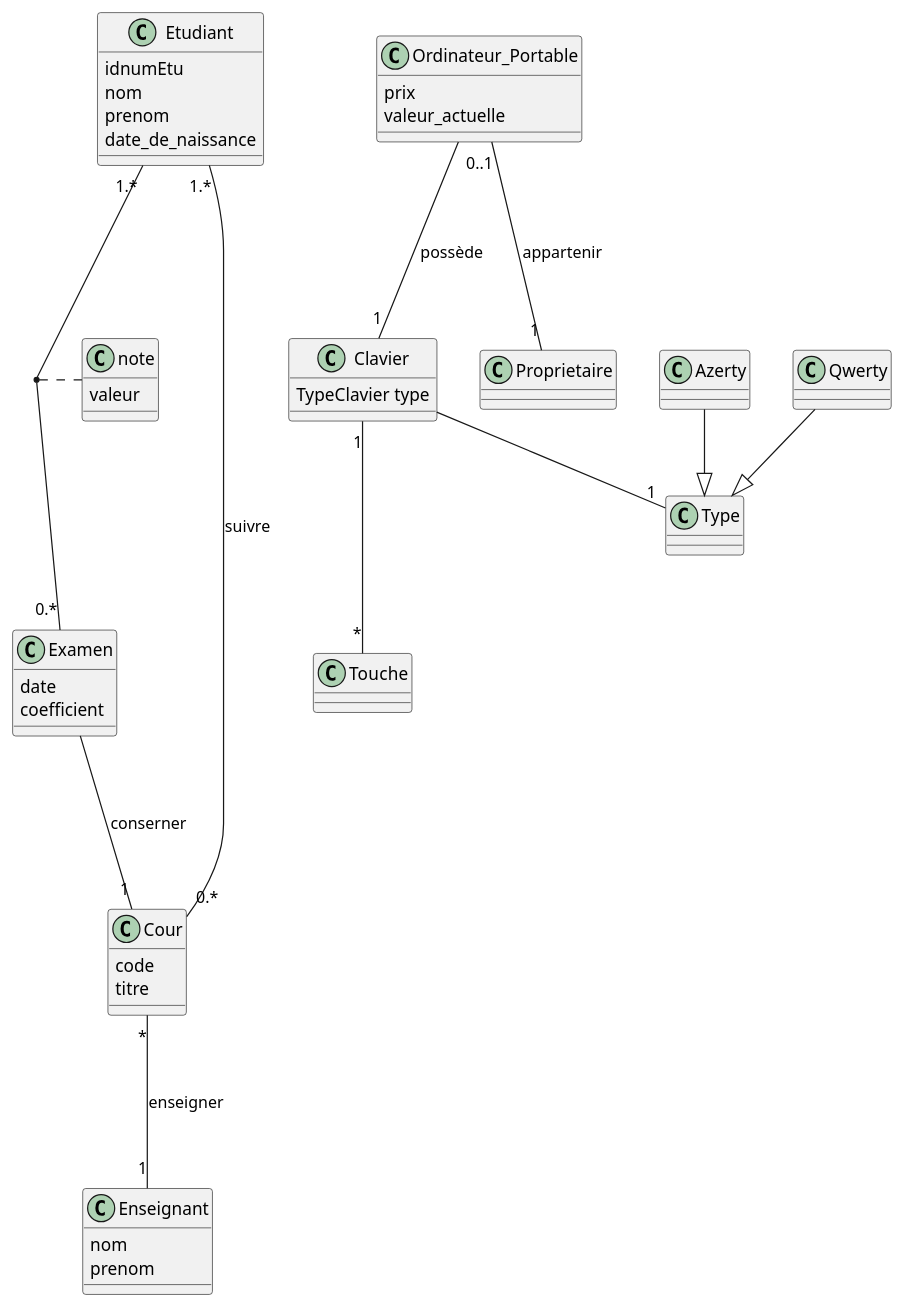
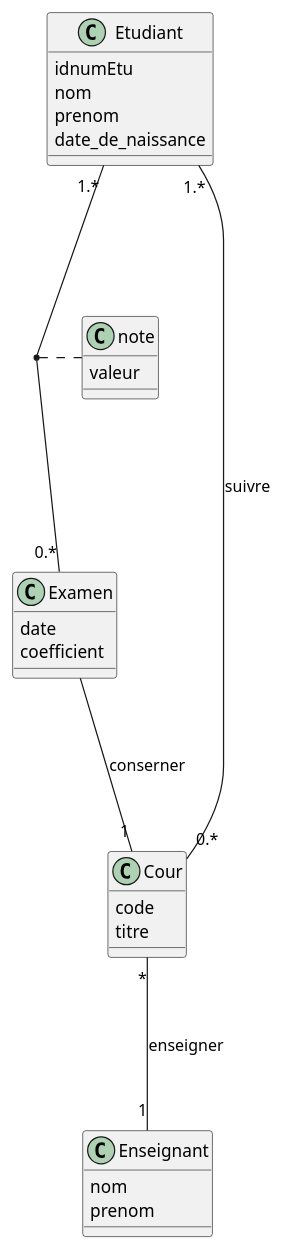
The diagram in TD1.2.1.plantuml (IUT-Blagnac/bcoo-Laurian-Dufrechou), drawn with PlantUML before and after one commit.

Commit message:
Fix 1.2.1: diagramme de classe examens fin

```diff
--- a/TD1.2.1.plantuml
+++ b/TD1.2.1.plantuml
@@ -2,76 +2,43 @@
 @startuml
 
 class Examen
 {
   date
   coefficient
 }
 
 class Enseignant
 {
   nom
   prenom
 }
 
 class etudiant as "Etudiant"
 {
   idnumEtu
   nom
   prenom
   date_de_naissance
 }
 
 class cour as "Cour"
 {
   code
   titre
 }
 
 etudiant "1.*" --- "0.*" Examen
 (etudiant, Examen) . note
 
 etudiant "1.*" --- "0.*" cour : suivre
 
 Examen --- "1" cour : conserner
 
 cour "*" --- "1" Enseignant : enseigner
 
 class note
 {
   valeur
 }
 
-'----------------------------------
-
-
-class Ordinateur_Portable
-{
-  prix
-  valeur_actuelle
-}
-
-class clavier as "Clavier"
-{
-  TypeClavier type
-}
-
-class Type
-{
-}
-
-Azerty --|> Type
-Qwerty --|> Type
-
-class touche as "Touche"
-
-class propriétaire as "Proprietaire"
-
-Ordinateur_Portable "0..1" --- "1" propriétaire : appartenir
-
-Ordinateur_Portable " " --- "1" clavier : possède
-
-clavier "1" --- "*" touche
-
-clavier " " -- "1" Type
-
 @enduml
```
